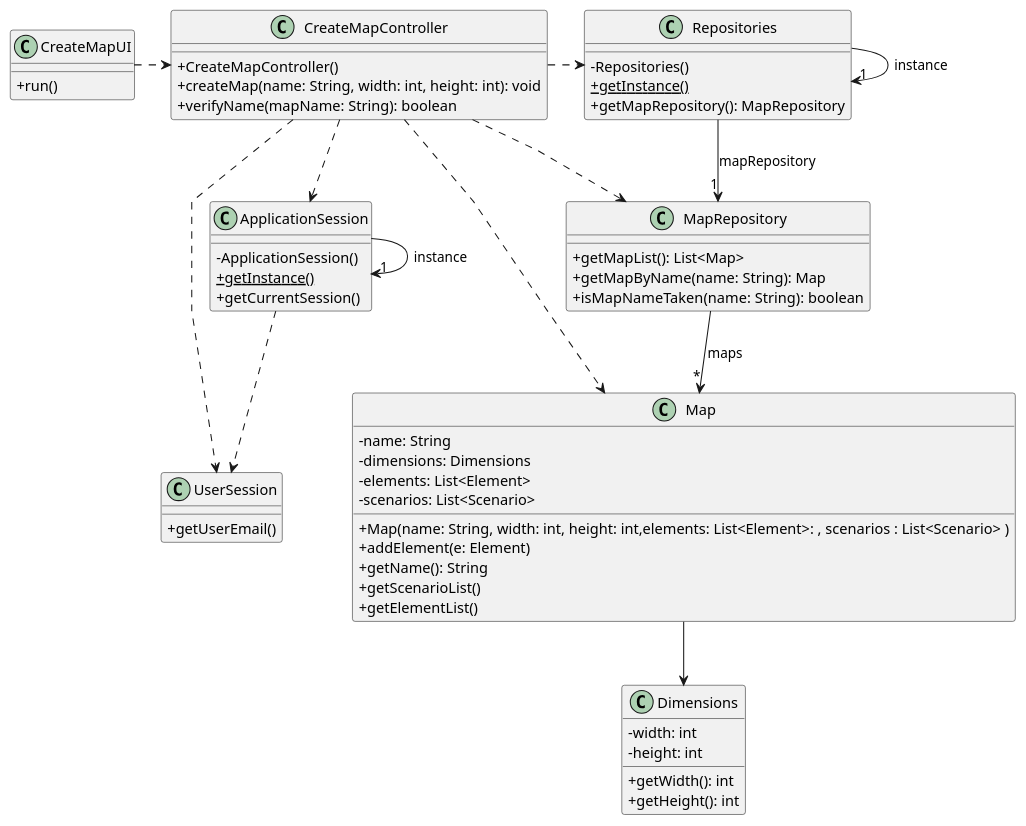
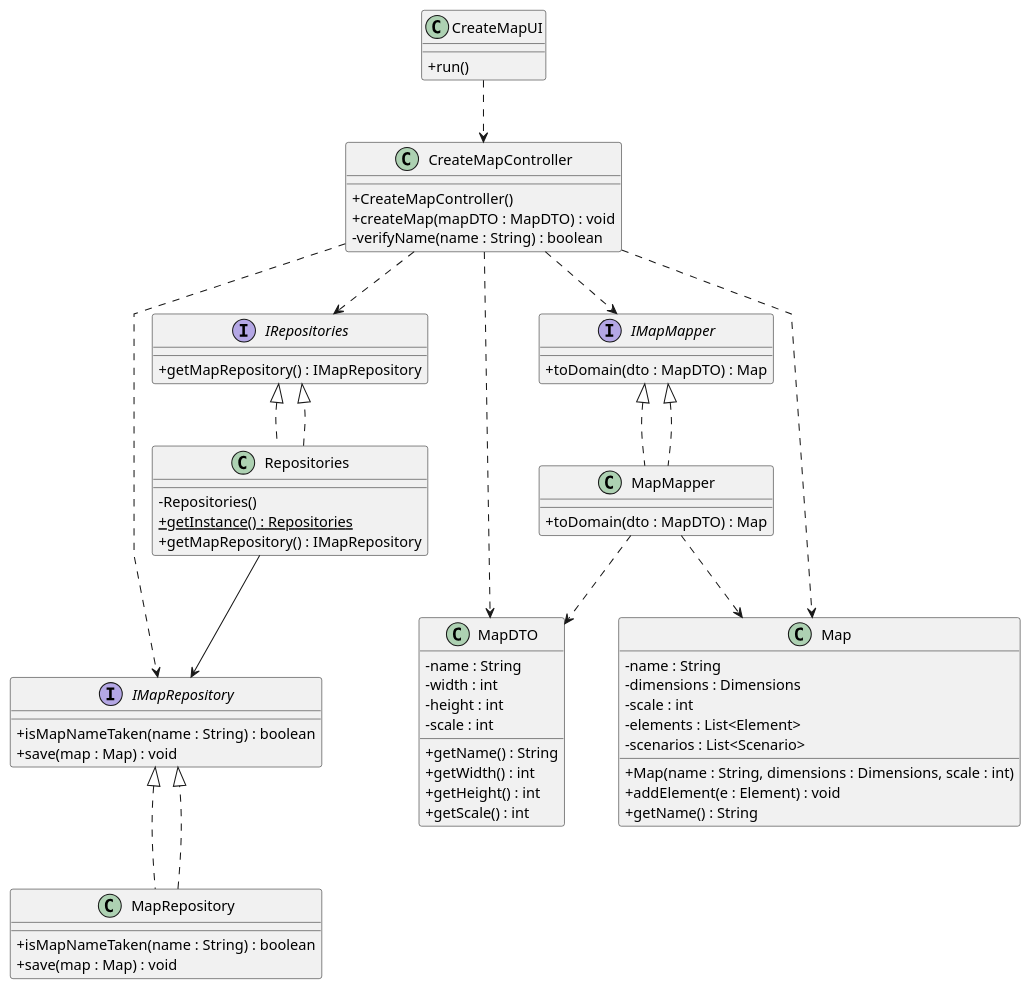
The diagram in docs/system-documentation/sprint 3/US01/03.design/puml/US001-CD.puml (Educ00/mdisc-2425), drawn with PlantUML before and after one commit. The commit also changed 9 other files, not shown here.

```diff
--- a/docs/system-documentation/sprint 3/US01/03.design/puml/US001-CD.puml
+++ b/docs/system-documentation/sprint 3/US01/03.design/puml/US001-CD.puml
@@ -1,74 +1,82 @@
 @startuml
 skinparam packageStyle rectangle
 skinparam shadowing false
 skinparam linetype polyline
 skinparam classAttributeIconSize 0
 
 class CreateMapUI {
     + run()
 }
 
 class CreateMapController {
     + CreateMapController()
-    + createMap(name: String, width: int, height: int): void
-    + verifyName(mapName: String): boolean
+    + createMap(mapDTO : MapDTO) : void
+    - verifyName(name : String) : boolean
 }
 
-class ApplicationSession {
-    -ApplicationSession()
-    + {static} getInstance()
-    + getCurrentSession()
+interface IRepositories {
+    + getMapRepository() : IMapRepository
 }
 
-class UserSession {
-    + getUserEmail()
+class Repositories implements IRepositories {
+    - Repositories()
+    + {static} getInstance() : Repositories
+    + getMapRepository() : IMapRepository
 }
 
-class Repositories {
-    - Repositories()
-    + {static} getInstance()
-    + getMapRepository(): MapRepository
+interface IMapRepository {
+    + isMapNameTaken(name : String) : boolean
+    + save(map : Map) : void
 }
 
-class MapRepository {
-    + getMapList(): List<Map>
-    + getMapByName(name: String): Map
-    + isMapNameTaken(name: String): boolean
+class MapRepository implements IMapRepository {
+    + isMapNameTaken(name : String) : boolean
+    + save(map : Map) : void
+}
+
+interface IMapMapper {
+    + toDomain(dto : MapDTO) : Map
+}
+
+class MapMapper implements IMapMapper {
+    + toDomain(dto : MapDTO) : Map
+}
+
+class MapDTO {
+    - name : String
+    - width : int
+    - height : int
+    - scale : int
+    + getName() : String
+    + getWidth() : int
+    + getHeight() : int
+    + getScale() : int
 }
 
 class Map {
-    - name: String
-    - dimensions: Dimensions
-    - elements: List<Element>
-    - scenarios: List<Scenario>
-
-    + Map(name: String, width: int, height: int,elements: List<Element>: , scenarios : List<Scenario> )
-    + addElement(e: Element)
-    + getName(): String
-    + getScenarioList()
-    + getElementList()
+    - name : String
+    - dimensions : Dimensions
+    - scale : int
+    - elements : List<Element>
+    - scenarios : List<Scenario>
+    + Map(name : String, dimensions : Dimensions, scale : int)
+    + addElement(e : Element) : void
+    + getName() : String
 }
 
-class Dimensions {
-    - width: int
-    - height: int
-    + getWidth(): int
-    + getHeight(): int
-}
 
-CreateMapUI .> CreateMapController
-CreateMapController ..> ApplicationSession
-CreateMapController ..> UserSession
-CreateMapController .> Repositories
-CreateMapController ..> MapRepository
+
+CreateMapUI ..> CreateMapController
+CreateMapController ..> IRepositories
+Repositories ..|> IRepositories
+Repositories --> IMapRepository
+MapRepository ..|> IMapRepository
+CreateMapController ..> IMapRepository
+CreateMapController ..> IMapMapper
+CreateMapController ..> MapDTO
 CreateMapController ..> Map
+IMapMapper <|.. MapMapper
+MapMapper ..> MapDTO
+MapMapper ..> Map
 
-ApplicationSession -> "1" ApplicationSession : instance
-ApplicationSession ..> UserSession
-
-Repositories -> "1" Repositories : instance
-Repositories --> "1" MapRepository : mapRepository
-
-Map --> Dimensions
-MapRepository --> "*" Map : maps
 @enduml
```
